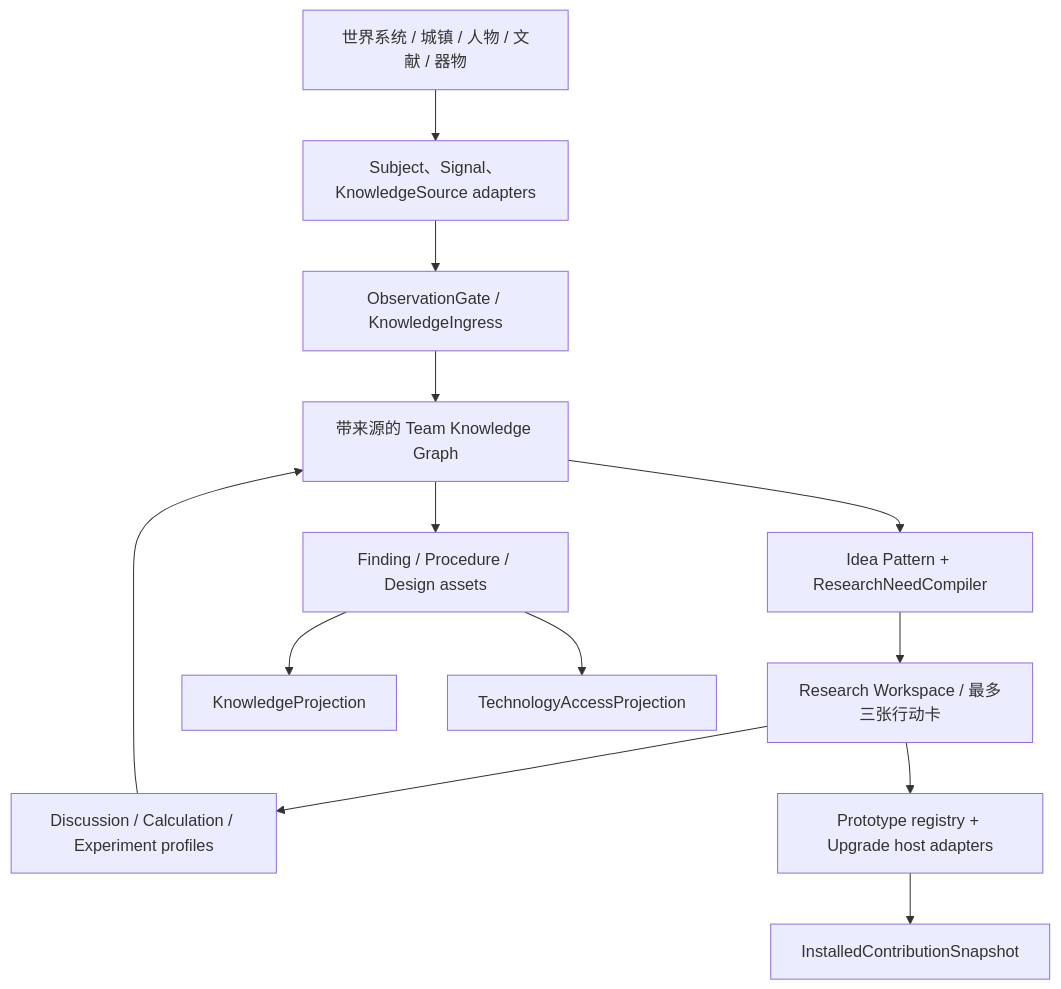
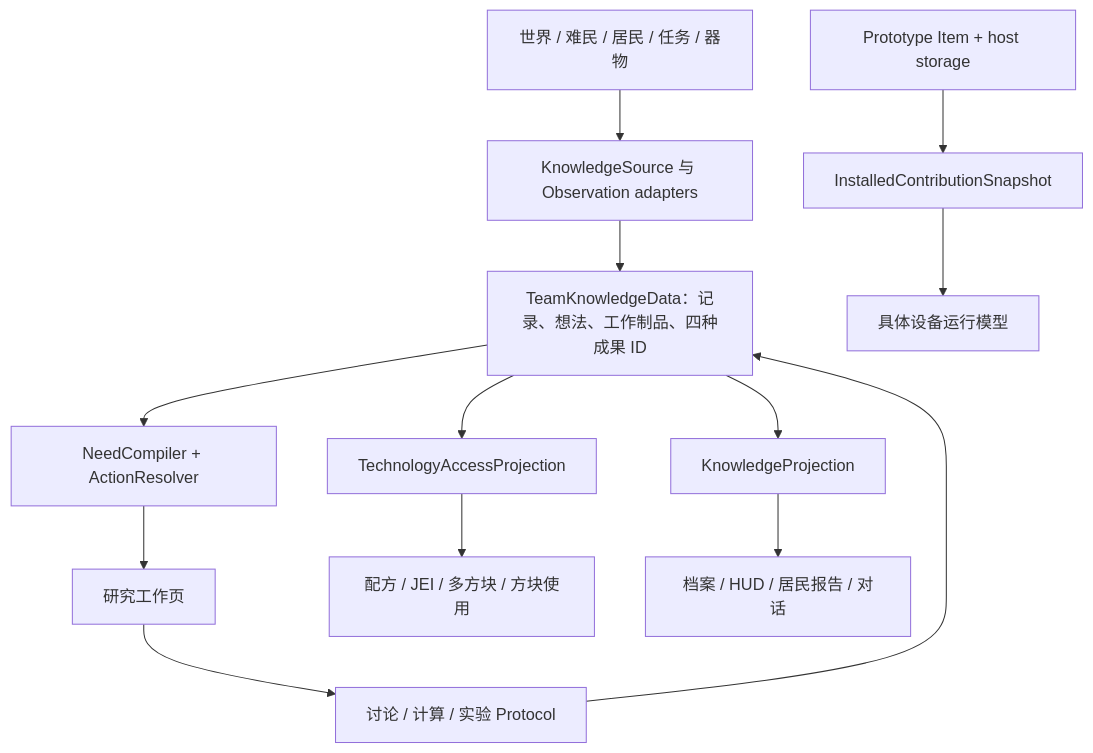
The second of 2 diagrams in plans/2026-08-25_16-17-39_generative-research-knowledge-laboratory-v2.md (TeamMoegMC/FrostedHeart), drawn with Mermaid before and after one commit. The commit also changed other lines of this file, not shown here.

Commit message:
research plan v2

````diff
--- a/plans/2026-08-25_16-17-39_generative-research-knowledge-laboratory-v2.md
+++ b/plans/2026-08-25_16-17-39_generative-research-knowledge-laboratory-v2.md
@@ -997,15 +819,15 @@
-```mermaid
+~~~mermaid
 flowchart TB
-    S["世界系统 / 城镇 / 人物 / 文献 / 器物"] --> A["Subject、Signal、KnowledgeSource adapters"]
-    A --> I["ObservationGate / KnowledgeIngress"]
-    I --> G["带来源的 Team Knowledge Graph"]
-    G --> R["Idea Pattern + ResearchNeedCompiler"]
-    R --> W["Research Workspace / 最多三张行动卡"]
-    W --> M["Discussion / Calculation / Experiment profiles"]
-    M --> G
-    G --> X["Finding / Procedure / Design assets"]
-    X --> KP["KnowledgeProjection"]
-    X --> TP["TechnologyAccessProjection"]
-    W --> P["Prototype registry + Upgrade host adapters"]
-    P --> IP["InstalledContributionSnapshot"]
-```
+    S["世界 / 难民 / 居民 / 任务 / 器物"] --> O["KnowledgeSource 与 Observation adapters"]
+    O --> G["TeamKnowledgeData：记录、想法、工作制品、四种成果 ID"]
+    G --> N["NeedCompiler + ActionResolver"]
+    N --> W["研究工作页"]
+    W --> L["讨论 / 计算 / 实验 Protocol"]
+    L --> G
+    G --> K["KnowledgeProjection"]
+    G --> T["TechnologyAccessProjection"]
+    P["Prototype Item + host storage"] --> I["InstalledContributionSnapshot"]
+    T --> C["配方 / JEI / 多方块 / 方块使用"]
+    K --> U["档案 / HUD / 居民报告 / 对话"]
+    I --> H["具体设备运行模型"]
+~~~
````
